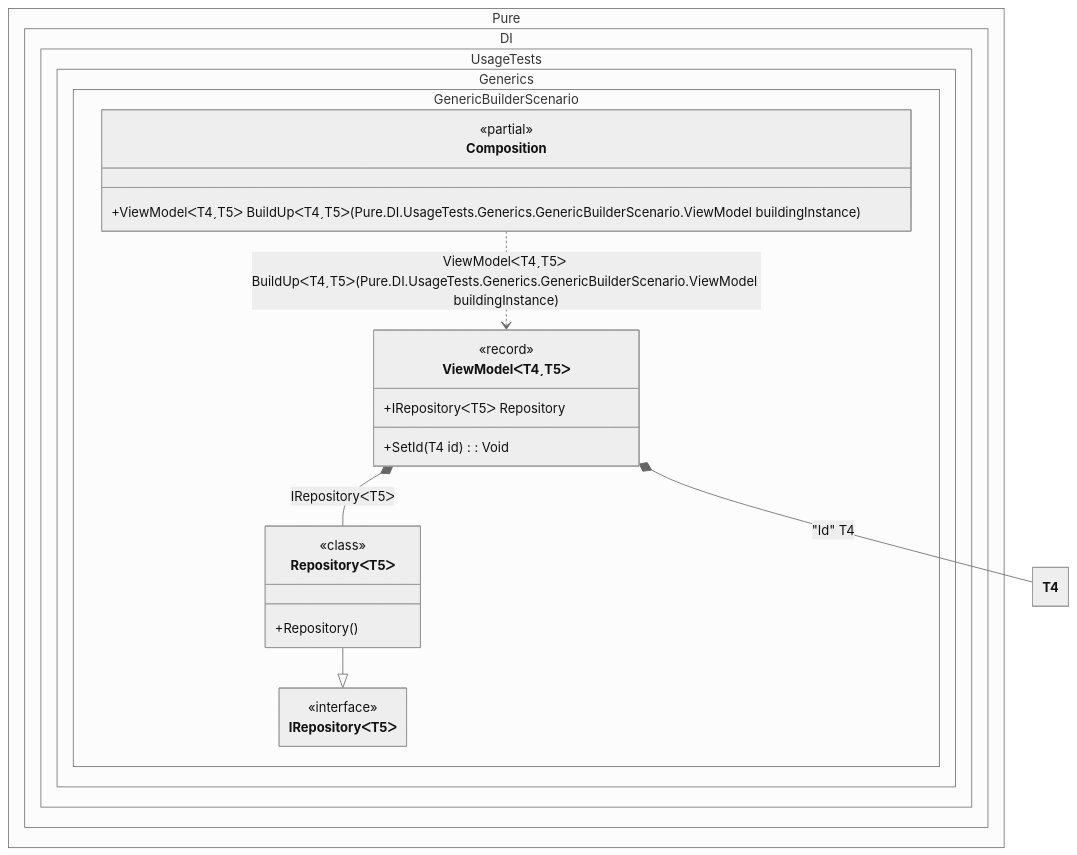
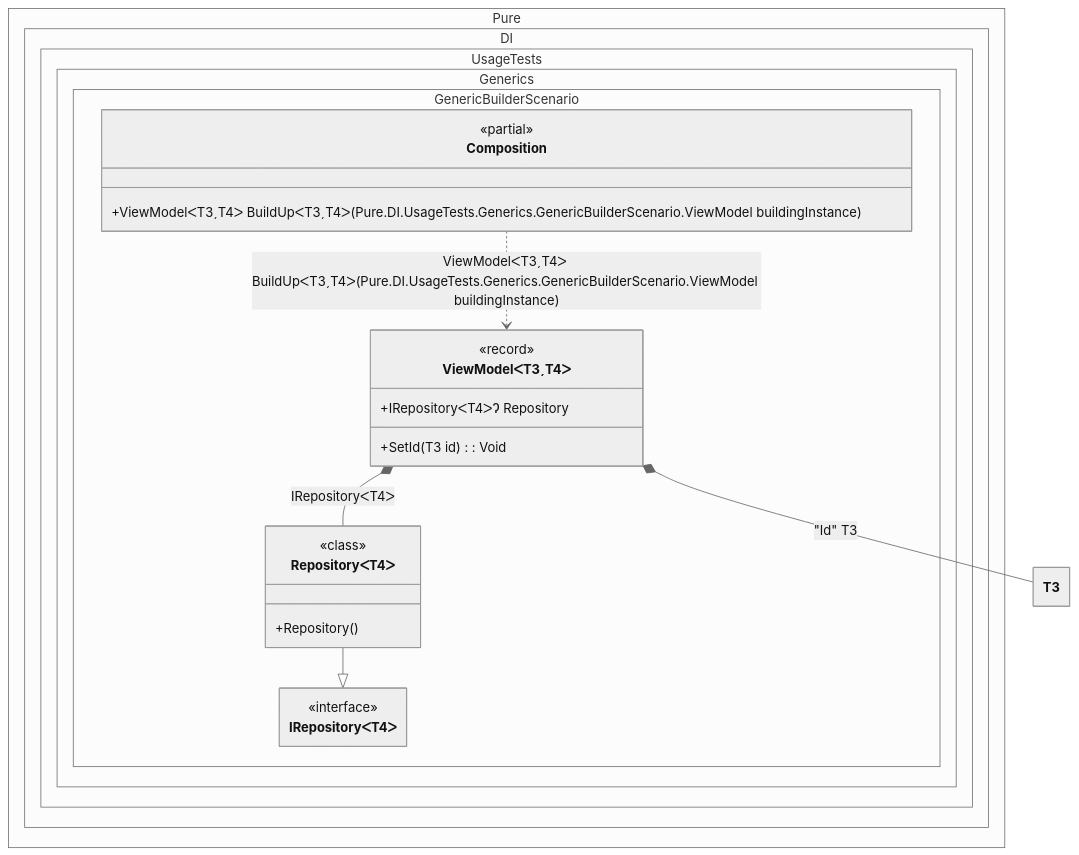
Before and after one commit to MaiKuraki/Pure.DI: the diagram in readme/generic-builder.md, drawn with Mermaid (neutral theme). The commit also changed other lines of this file and 67 other files, not shown here.

````diff
--- a/readme/generic-builder.md
+++ b/readme/generic-builder.md
@@ -119,32 +119,32 @@
 ```mermaid
 ---
  config:
   maxTextSize: 2147483647
   maxEdges: 2147483647
   class:
    hideEmptyMembersBox: true
 ---
 classDiagram
-	RepositoryᐸT5ᐳ --|> IRepositoryᐸT5ᐳ
-	Composition ..> ViewModelᐸT4ˏT5ᐳ : ViewModelᐸT4ˏT5ᐳ BuildUpᐸT4ˏT5ᐳ(Pure.DI.UsageTests.Generics.GenericBuilderScenario.ViewModel<T4, T5> buildingInstance)
-	ViewModelᐸT4ˏT5ᐳ *--  RepositoryᐸT5ᐳ : IRepositoryᐸT5ᐳ
-	ViewModelᐸT4ˏT5ᐳ *--  T4 : "Id"  T4
+	RepositoryᐸT4ᐳ --|> IRepositoryᐸT4ᐳ
+	Composition ..> ViewModelᐸT3ˏT4ᐳ : ViewModelᐸT3ˏT4ᐳ BuildUpᐸT3ˏT4ᐳ(Pure.DI.UsageTests.Generics.GenericBuilderScenario.ViewModel<T3, T4> buildingInstance)
+	ViewModelᐸT3ˏT4ᐳ *--  RepositoryᐸT4ᐳ : IRepositoryᐸT4ᐳ
+	ViewModelᐸT3ˏT4ᐳ *--  T3 : "Id"  T3
 	namespace Pure.DI.UsageTests.Generics.GenericBuilderScenario {
 		class Composition {
 		<<partial>>
-		+ViewModelᐸT4ˏT5ᐳ BuildUpᐸT4ˏT5ᐳ(Pure.DI.UsageTests.Generics.GenericBuilderScenario.ViewModel<T4, T5> buildingInstance)
+		+ViewModelᐸT3ˏT4ᐳ BuildUpᐸT3ˏT4ᐳ(Pure.DI.UsageTests.Generics.GenericBuilderScenario.ViewModel<T3, T4> buildingInstance)
 		}
-		class IRepositoryᐸT5ᐳ {
+		class IRepositoryᐸT4ᐳ {
 			<<interface>>
 		}
-		class RepositoryᐸT5ᐳ {
+		class RepositoryᐸT4ᐳ {
 				<<class>>
 			+Repository()
 		}
-		class ViewModelᐸT4ˏT5ᐳ {
+		class ViewModelᐸT3ˏT4ᐳ {
 				<<record>>
-			+IRepositoryᐸT5ᐳ Repository
-			+SetId(T4 id) : Void
+			+IRepositoryᐸT4ᐳɁ Repository
+			+SetId(T3 id) : Void
 		}
 	}
 ```
````
